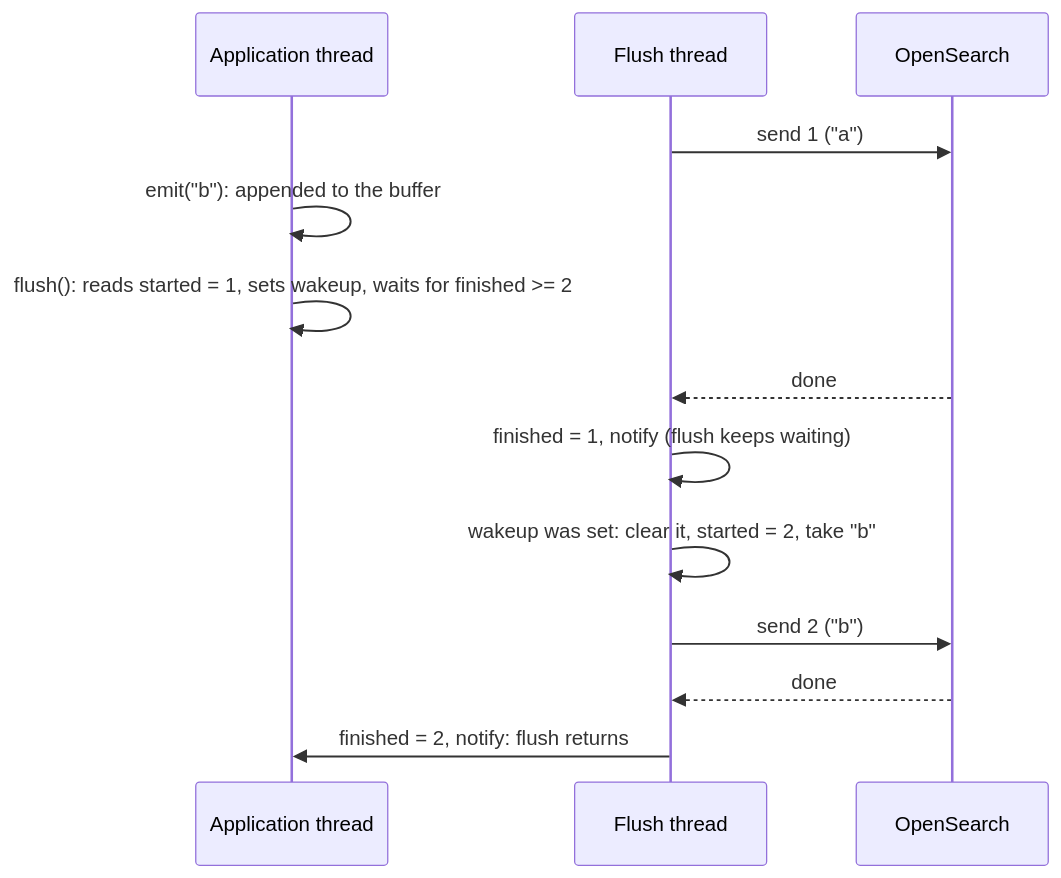
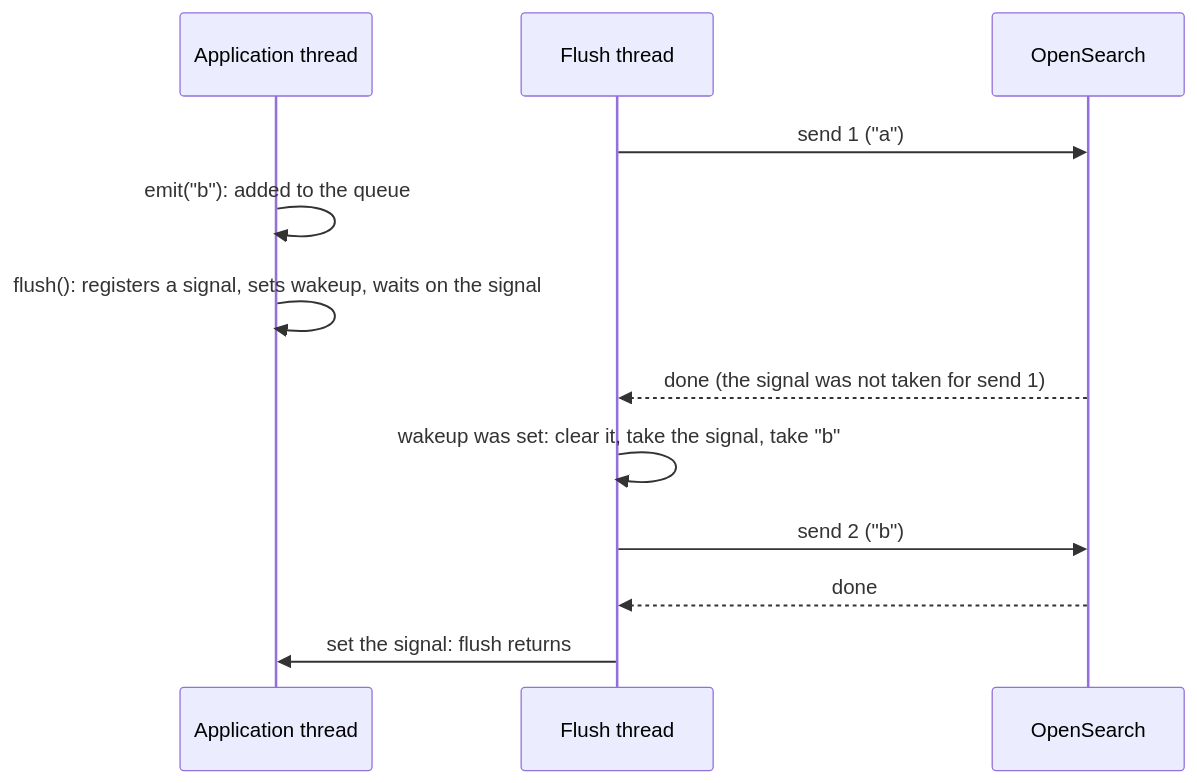
Before and after one commit to canonical/opensearch-client: the first of 2 diagrams in docs/explanation/log-handler-concurrency.md, drawn with Mermaid. The commit also changed other lines of this file and 2 other files, not shown here.

Commit message:
log handler: restore the 'waitlist' flush model

````diff
--- a/docs/explanation/log-handler-concurrency.md
+++ b/docs/explanation/log-handler-concurrency.md
@@ -74,15 +74,14 @@
 ```mermaid
 sequenceDiagram
     participant App as Application thread
     participant Flush as Flush thread
     participant OS as OpenSearch
     Flush->>OS: send 1 ("a")
-    App->>App: emit("b"): appended to the buffer
-    App->>App: flush(): reads started = 1, sets wakeup, waits for finished >= 2
-    OS-->>Flush: done
-    Flush->>Flush: finished = 1, notify (flush keeps waiting)
-    Flush->>Flush: wakeup was set: clear it, started = 2, take "b"
+    App->>App: emit("b"): added to the queue
+    App->>App: flush(): registers a signal, sets wakeup, waits on the signal
+    OS-->>Flush: done (the signal was not taken for send 1)
+    Flush->>Flush: wakeup was set: clear it, take the signal, take "b"
     Flush->>OS: send 2 ("b")
     OS-->>Flush: done
-    Flush->>App: finished = 2, notify: flush returns
+    Flush->>App: set the signal: flush returns
 ```
````
